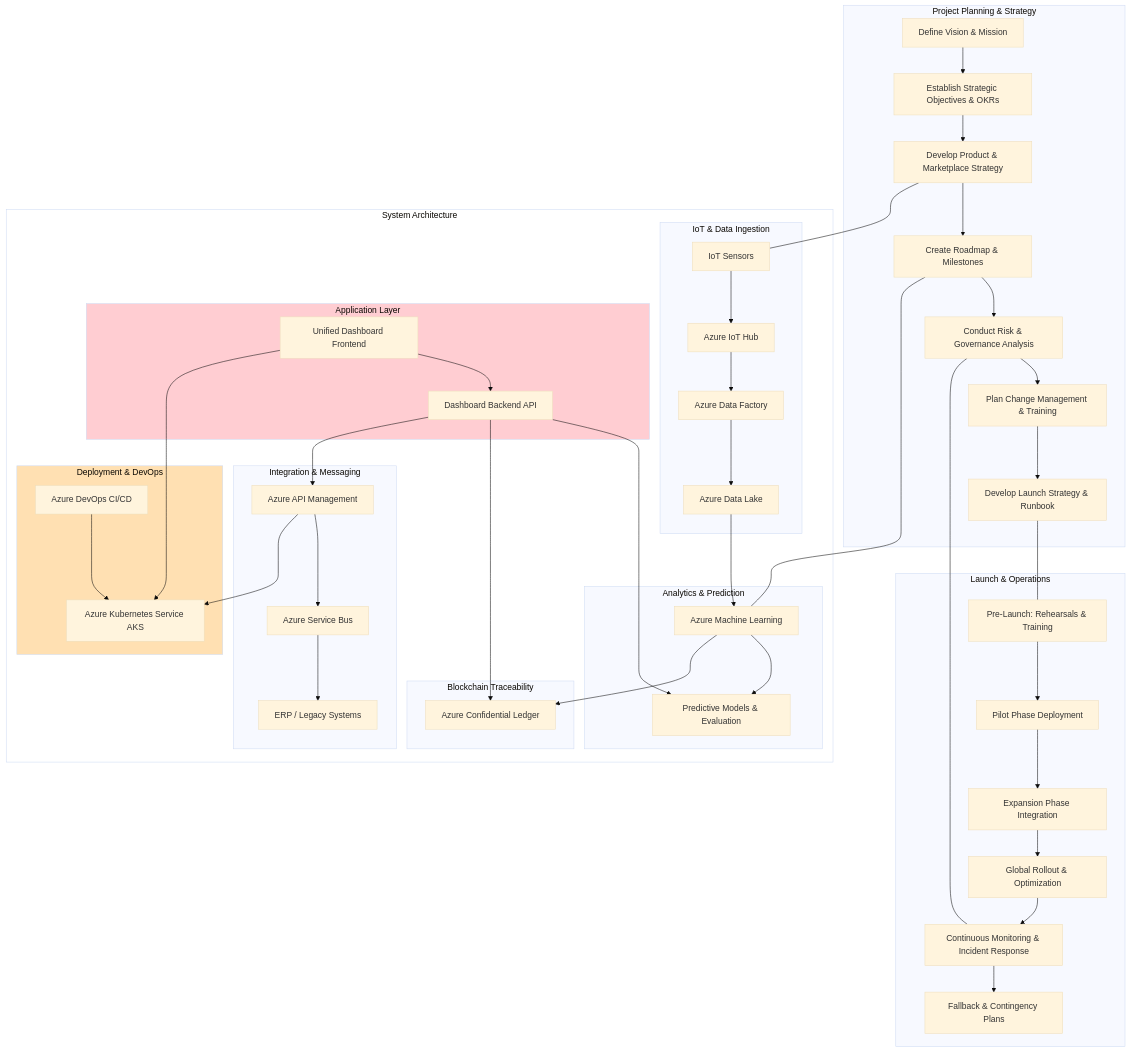
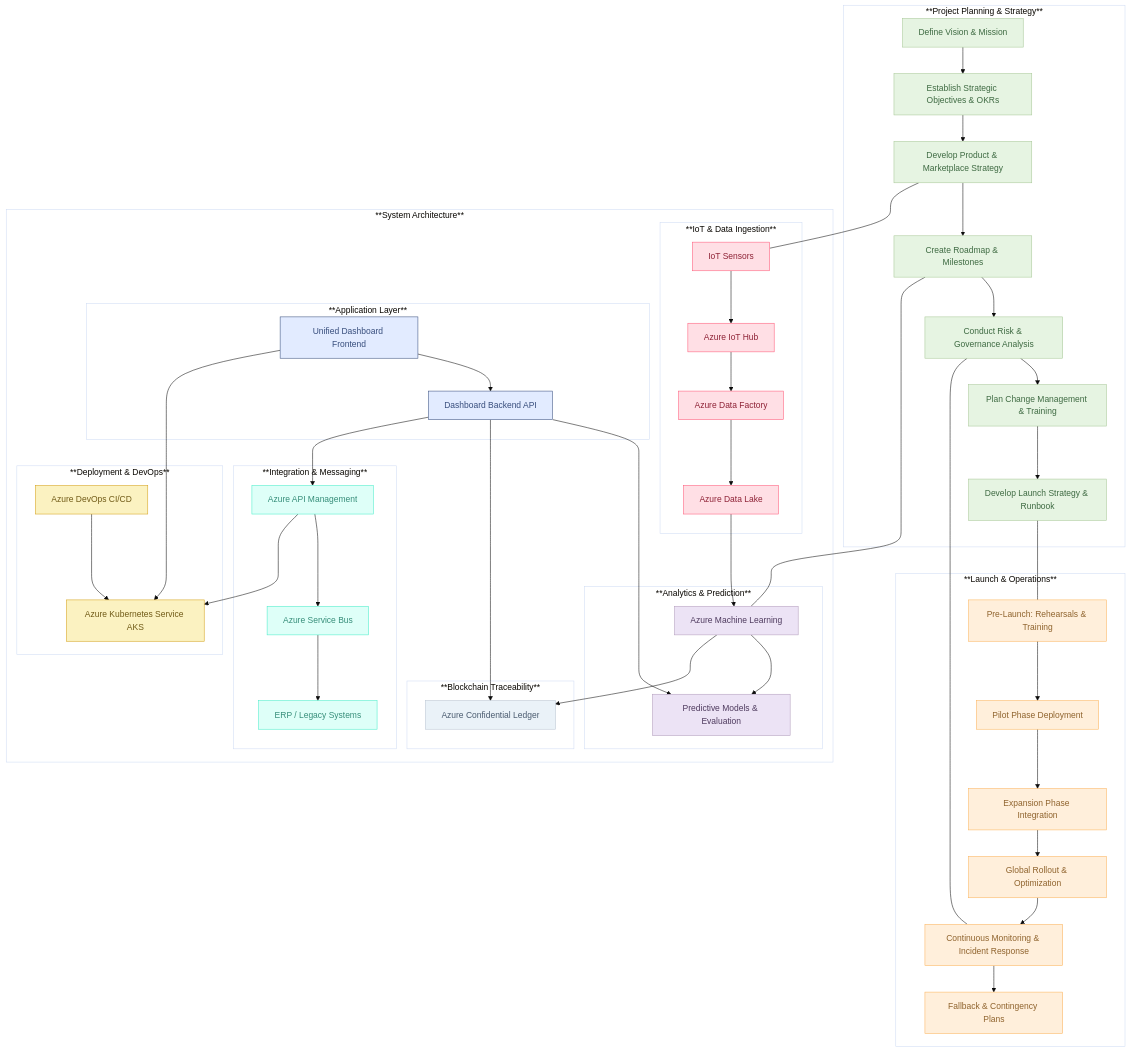
The diagram in README.md (suprachakra/AlumiCatalyst), drawn with Mermaid (base theme) before and after one commit.

````diff
--- a/README.md
+++ b/README.md
@@ -4,6 +4,6 @@
 ```mermaid
 flowchart TD
- subgraph subGraph0["Project Planning & Strategy"]
+ subgraph subGraph0["**Project Planning & Strategy**"]
         PP1["Define Vision & Mission"]
         PP2["Establish Strategic Objectives & OKRs"]
         PP3["Develop Product & Marketplace Strategy"]
@@ -12,33 +12,33 @@
         PP6["Plan Change Management & Training"]
         PP7["Develop Launch Strategy & Runbook"]
   end
- subgraph subGraph1["IoT & Data Ingestion"]
+ subgraph subGraph1["**IoT & Data Ingestion**"]
         I1["IoT Sensors"]
         I2["Azure IoT Hub"]
         I3["Azure Data Factory"]
         I4["Azure Data Lake"]
   end
- subgraph subGraph2["Analytics & Prediction"]
+ subgraph subGraph2["**Analytics & Prediction**"]
         A1["Azure Machine Learning"]
         A2["Predictive Models & Evaluation"]
   end
- subgraph subGraph3["Blockchain Traceability"]
+ subgraph subGraph3["**Blockchain Traceability**"]
         B1["Azure Confidential Ledger"]
   end
- subgraph subGraph4["Application Layer"]
+ subgraph subGraph4["**Application Layer**"]
         D1["Unified Dashboard Frontend"]
         D2["Dashboard Backend API"]
   end
- subgraph subGraph5["Integration & Messaging"]
+ subgraph subGraph5["**Integration & Messaging**"]
         IN1["Azure API Management"]
         IN2["Azure Service Bus"]
         ERP["ERP / Legacy Systems"]
   end
- subgraph subGraph6["Deployment & DevOps"]
+ subgraph subGraph6["**Deployment & DevOps**"]
         DEP1["Azure Kubernetes Service AKS"]
         DEP2["Azure DevOps CI/CD"]
   end
- subgraph subGraph7["System Architecture"]
+ subgraph subGraph7["**System Architecture**"]
         subGraph1
         subGraph2
         subGraph3
@@ -46,7 +46,7 @@
         subGraph5
         subGraph6
   end
- subgraph subGraph8["Launch & Operations"]
+ subgraph subGraph8["**Launch & Operations**"]
         L1["Pre-Launch: Rehearsals & Training"]
         L2["Pilot Phase Deployment"]
         L3["Expansion Phase Integration"]
@@ -80,8 +80,62 @@
     PP5 --- L5
     PP3 --- I1
 
-    style subGraph4 fill:#FFCDD2
-    style subGraph6 fill:#FFE0B2
+     PP1:::DegasGreen
+     PP2:::DegasGreen
+     PP3:::DegasGreen
+     PP4:::DegasGreen
+     PP5:::DegasGreen
+     PP6:::DegasGreen
+     PP7:::DegasGreen
+     I1:::Rose
+     I2:::Rose
+     I3:::Rose
+     I4:::Rose
+     A1:::MatisseLavender
+     A2:::MatisseLavender
+     B1:::Ash
+     B1:::TurnerMist
+     D1:::MonetBlue
+     D1:::Sky
+     D2:::MonetBlue
+     D2:::Sky
+     IN1:::Aqua
+     IN2:::Aqua
+     ERP:::Aqua
+     DEP1:::KlimtGold
+     DEP2:::KlimtGold
+     L1:::Pine
+     L1:::HokusaiWave
+     L1:::Peach
+     L2:::CezannePeach
+     L2:::Peach
+     L3:::Peach
+     L4:::Peach
+     L5:::Peach
+     L6:::Peach
+    classDef VanGoghYellow stroke-width:1px, stroke-dasharray:none, stroke:#E3B448, fill:#FDF6C9, color:#7D5A17 
+    classDef RenoirPink stroke-width:1px, stroke-dasharray:none, stroke:#E4A0A0, fill:#FBE5E5, color:#7D3E3E  
+    classDef PicassoBlue stroke-width:1px, stroke-dasharray:none, stroke:#5A84A2, fill:#CDE0F2, color:#2D4661  
+    classDef MonetBlue stroke-width:1px, stroke-dasharray:none, stroke:#87AFC7, fill:#D4EAF7, color:#30577B
+    classDef KlimtGold stroke-width:1px, stroke-dasharray:none, stroke:#D4A017, fill:#FBF2C1, color:#705A16
+    classDef DegasGreen stroke-width:1px, stroke-dasharray:none, stroke:#A7C796, fill:#E6F4E2, color:#3E6A42
+    classDef Rose stroke-width:1px, stroke-dasharray:none, stroke:#FF5978, fill:#FFDFE5, color:#8E2236
+    classDef Aqua stroke-width:1px, stroke-dasharray:none, stroke:#46EDC8, fill:#DEFFF8, color:#378E7A
+    classDef Ash stroke-width:1px, stroke-dasharray:none, stroke:#999999, fill:#EEEEEE, color:#000000
+    classDef TurnerMist stroke-width:1px, stroke-dasharray:none, stroke:#B8C4D1, fill:#EAF2F8, color:#4A5B6F
+    classDef MatisseLavender stroke-width:1px, stroke-dasharray:none, stroke:#B39DBC, fill:#ECE3F5, color:#4E3A5E
+    classDef Pine stroke-width:1px, stroke-dasharray:none, stroke:#254336, fill:#27654A, color:#FFFFFF
+    classDef HokusaiWave stroke-width:1px, stroke-dasharray:none, stroke:#6188A9, fill:#D4E8F2, color:#2A425D
+    classDef Sky stroke-width:1px, stroke-dasharray:none, stroke:#374D7C, fill:#E2EBFF, color:#374D7C
+    classDef CezannePeach stroke-width:1px, stroke-dasharray:none, stroke:#E2A07D, fill:#FBE7DA, color:#6D4532
+    classDef Peach stroke-width:1px, stroke-dasharray:none, stroke:#FBB35A, fill:#FFEFDB, color:#8F632D
+    style subGraph1 fill:transparent
+    style subGraph2 fill:transparent
+    style subGraph3 fill:transparent
+    style subGraph4 fill:transparent
+    style subGraph5 fill:transparent
+    style subGraph6 fill:transparent
     style subGraph7 fill:transparent
-
+    style subGraph0 fill:transparent
+    style subGraph8 fill:transparent
 ```
````
